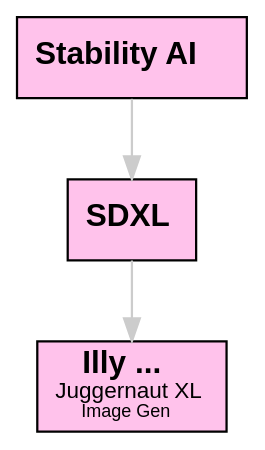
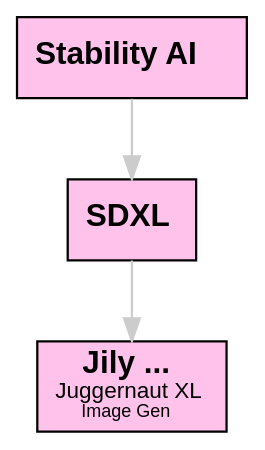
Before and after one commit to sswam/allemande: diagram 12 of 12 in doc/guide.md, drawn with Graphviz. The commit also changed other lines of this file and 18 other files, not shown here.

First line of the commit message:
feat(agent): Rename Illy to Jily; overhaul specialist prompts

````diff
--- a/doc/guide.md
+++ b/doc/guide.md
@@ -476,14 +476,14 @@
 ```dot
 digraph StabilityAI {
     graph [bgcolor=transparent]
     edge [color="#CCCCCC"]
     node [shape=box, style=filled, fillcolor="#FFC2EB", fontname="Helvetica"]
 
     "Stability AI" [label=<<b>Stability AI</b>>]
     "SDXL" [label=<<b>SDXL</b>>]
-    "Illy" [label=<<b>Illy ...</b><br/><font point-size="10">Juggernaut XL</font><br/><font point-size="8">Image Gen</font>>]
+    "Jily" [label=<<b>Jily ...</b><br/><font point-size="10">Juggernaut XL</font><br/><font point-size="8">Image Gen</font>>]
 
     "Stability AI" -> "SDXL"
-    "SDXL" -> "Illy"
+    "SDXL" -> "Jily"
 }
 ```
````
